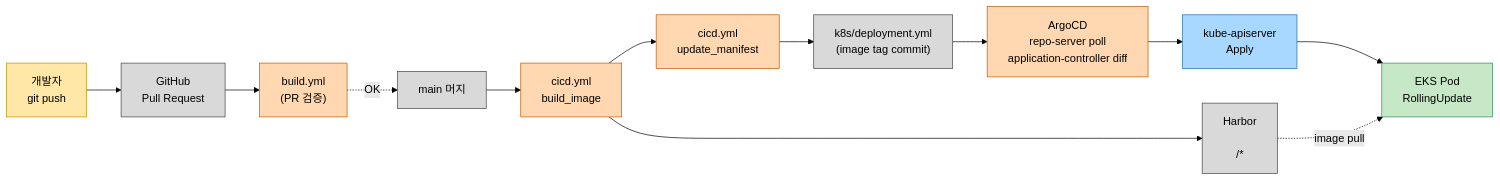
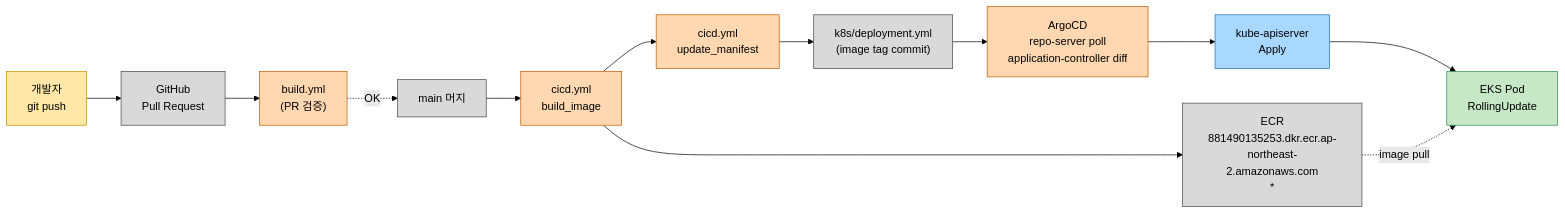
The first of 5 diagrams in docs/OPENTRAUM-INFRA-07-CICD.md (OpenTraum/OpenTraum-Infra), drawn with Mermaid (forest theme) before and after one commit. The commit also changed other lines of this file and 12 other files, not shown here.

````diff
--- a/docs/OPENTRAUM-INFRA-07-CICD.md
+++ b/docs/OPENTRAUM-INFRA-07-CICD.md
@@ -44,28 +44,28 @@
 ```mermaid
 flowchart LR
   classDef actor fill:#FFE7A8,stroke:#C58E00,color:#000;
   classDef gh fill:#D9D9D9,stroke:#444,color:#000;
   classDef ci fill:#FFD8B1,stroke:#C25A00,color:#000;
-  classDef harbor fill:#D9D9D9,stroke:#444,color:#000;
+  classDef ecr fill:#D9D9D9,stroke:#444,color:#000;
   classDef gitops fill:#FFD8B1,stroke:#C25A00,color:#000;
   classDef app fill:#C7E8C7,stroke:#2E8B57,color:#000;
   classDef ingress fill:#A8D8FF,stroke:#1F6FB2,color:#000;
 
   Dev["개발자<br/>git push"]:::actor
   PR["GitHub<br/>Pull Request"]:::gh
   Build["build.yml<br/>(PR 검증)"]:::ci
   Main["main 머지"]:::gh
   CICD["cicd.yml<br/>build_image"]:::ci
-  Harbor["Harbor<br/><HARBOR_REGISTRY><br/><HARBOR_PROJECT>/*"]:::harbor
+  ECR["ECR<br/>881490135253.dkr.ecr.ap-northeast-2.amazonaws.com<br/><ECR_REPOSITORY_PREFIX>*"]:::ecr
   Update["cicd.yml<br/>update_manifest"]:::ci
   GitMan["k8s/deployment.yml<br/>(image tag commit)"]:::gh
   Argo["ArgoCD<br/>repo-server poll<br/>application-controller diff"]:::gitops
   API["kube-apiserver<br/>Apply"]:::ingress
   Pod["EKS Pod<br/>RollingUpdate"]:::app
 
   Dev --> PR --> Build
   Build -.OK.-> Main
-  Main --> CICD --> Harbor
+  Main --> CICD --> ECR
   CICD --> Update --> GitMan --> Argo --> API --> Pod
-  Harbor -.image pull.-> Pod
+  ECR -.image pull.-> Pod
 ```
````
